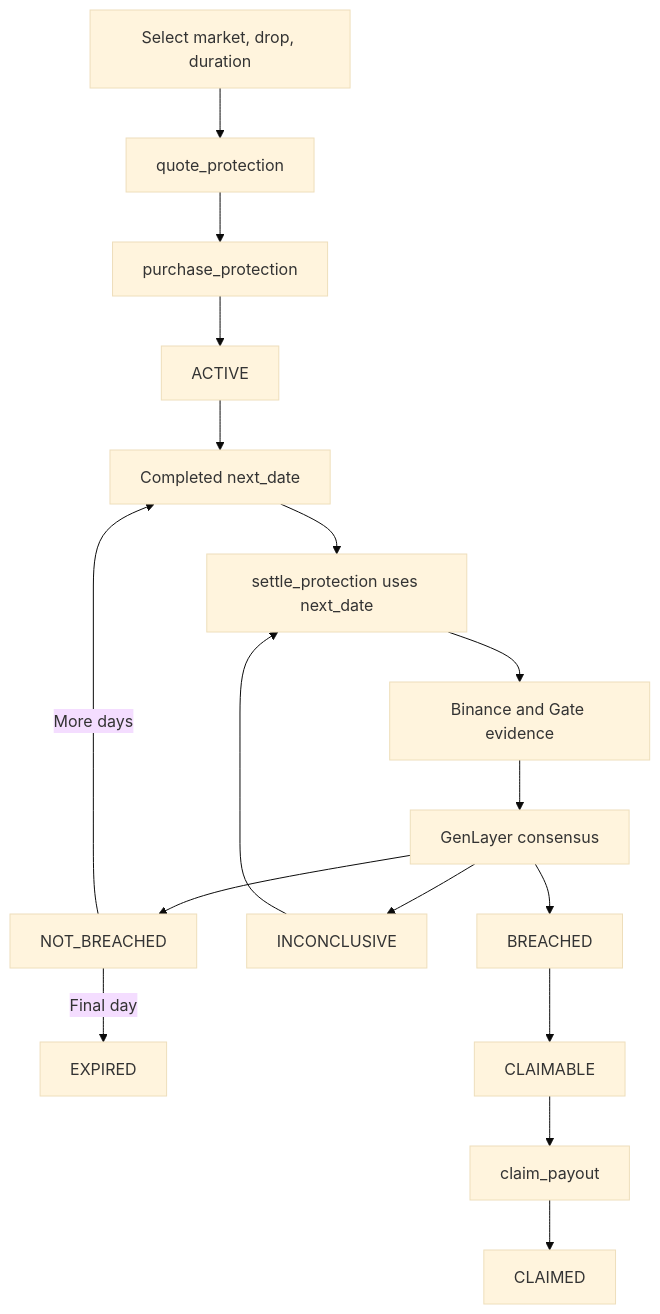
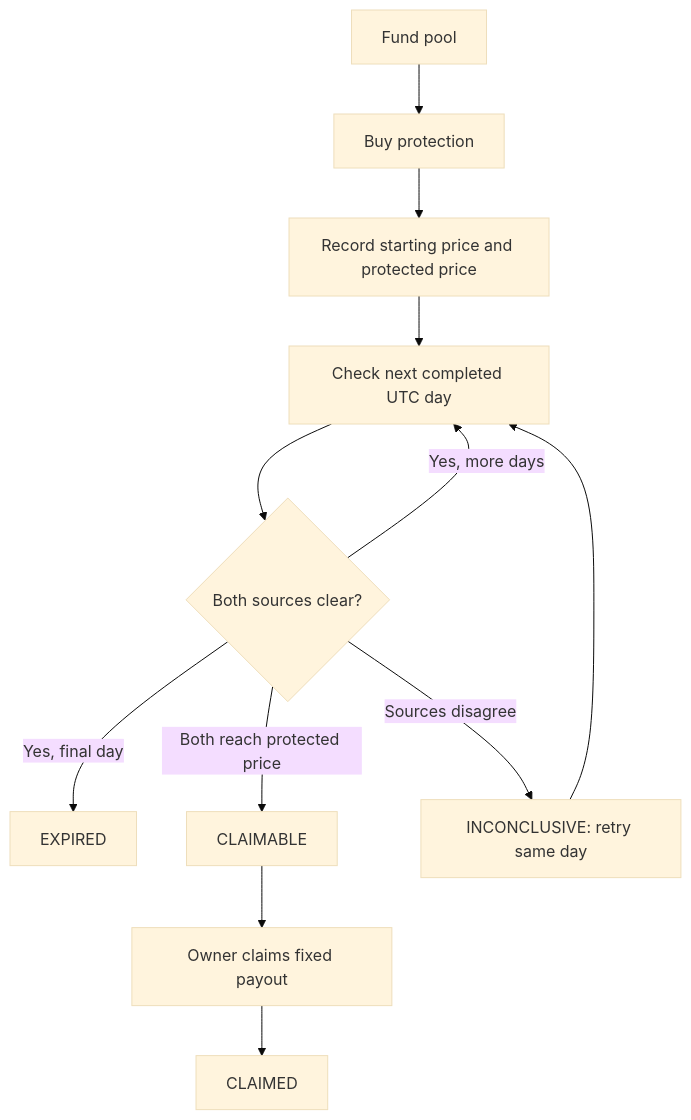
The second of 2 diagrams in README.md (jason4185/commoda), drawn with Mermaid (base theme) before and after one commit. The commit also changed other lines of this file, not shown here.

````diff
--- a/README.md
+++ b/README.md
@@ -309,19 +93,14 @@
 ```mermaid
 flowchart TD
-    Select[Select market, drop, duration] --> Quote[quote_protection]
-    Quote --> Purchase[purchase_protection]
-    Purchase --> Active[ACTIVE]
-    Active --> Due[Completed next_date]
-    Due --> Settle[settle_protection uses next_date]
-    Settle --> Evidence[Binance and Gate evidence]
-    Evidence --> Consensus[GenLayer consensus]
-    Consensus --> Clear[NOT_BREACHED]
-    Consensus --> Retry[INCONCLUSIVE]
-    Consensus --> Breach[BREACHED]
-    Clear -->|More days| Due
-    Clear -->|Final day| Expired[EXPIRED]
-    Retry --> Settle
-    Breach --> Claimable[CLAIMABLE]
-    Claimable --> Claim[claim_payout]
+    Pool[Fund pool] --> Buy[Buy protection]
+    Buy --> Lock[Record starting price and protected price]
+    Lock --> Check[Check next completed UTC day]
+    Check --> Clear{Both sources clear?}
+    Clear -->|Yes, more days| Check
+    Clear -->|Yes, final day| Expired[EXPIRED]
+    Clear -->|Both reach protected price| Claimable[CLAIMABLE]
+    Clear -->|Sources disagree| Retry[INCONCLUSIVE: retry same day]
+    Retry --> Check
+    Claimable --> Claim[Owner claims fixed payout]
     Claim --> Claimed[CLAIMED]
 ```
````
